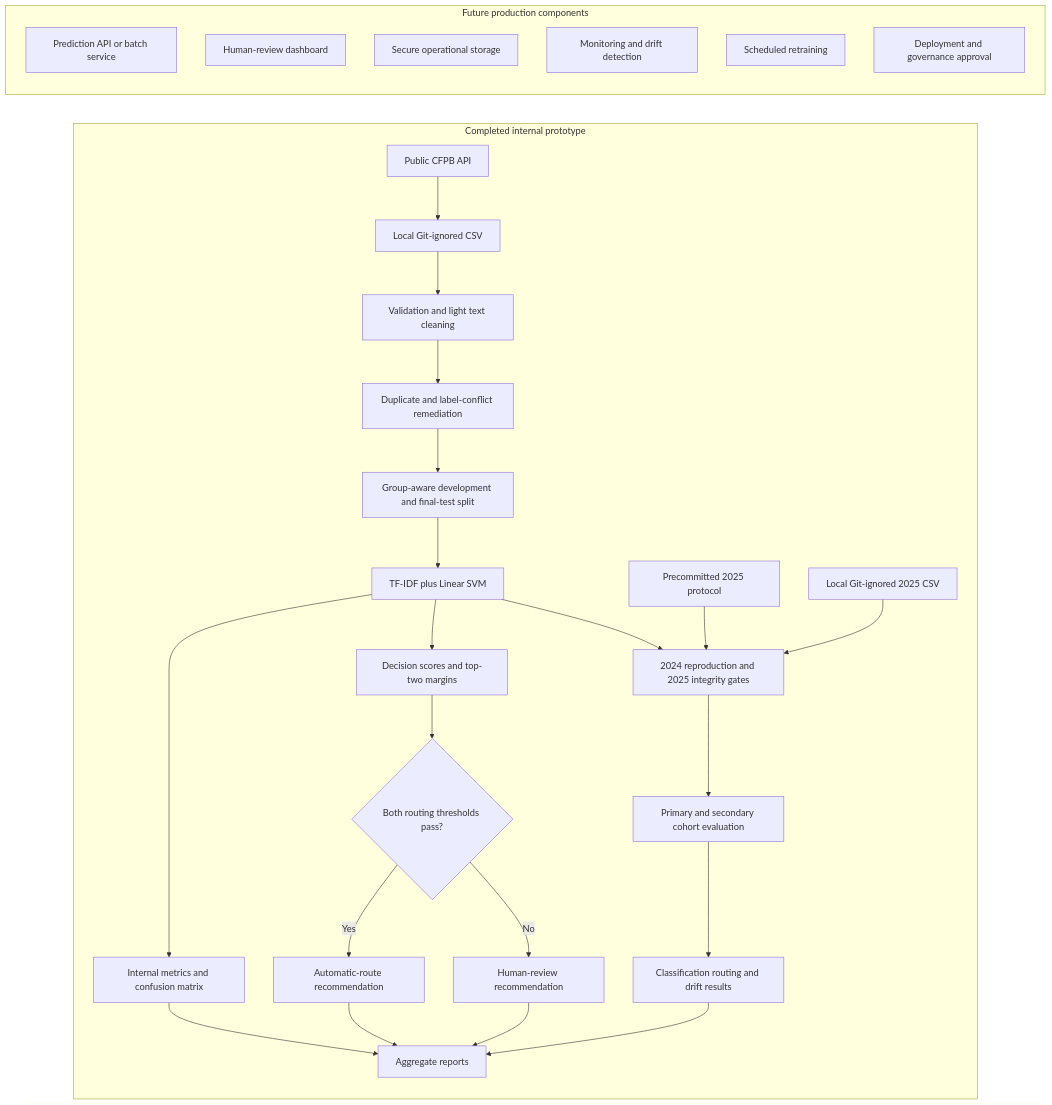
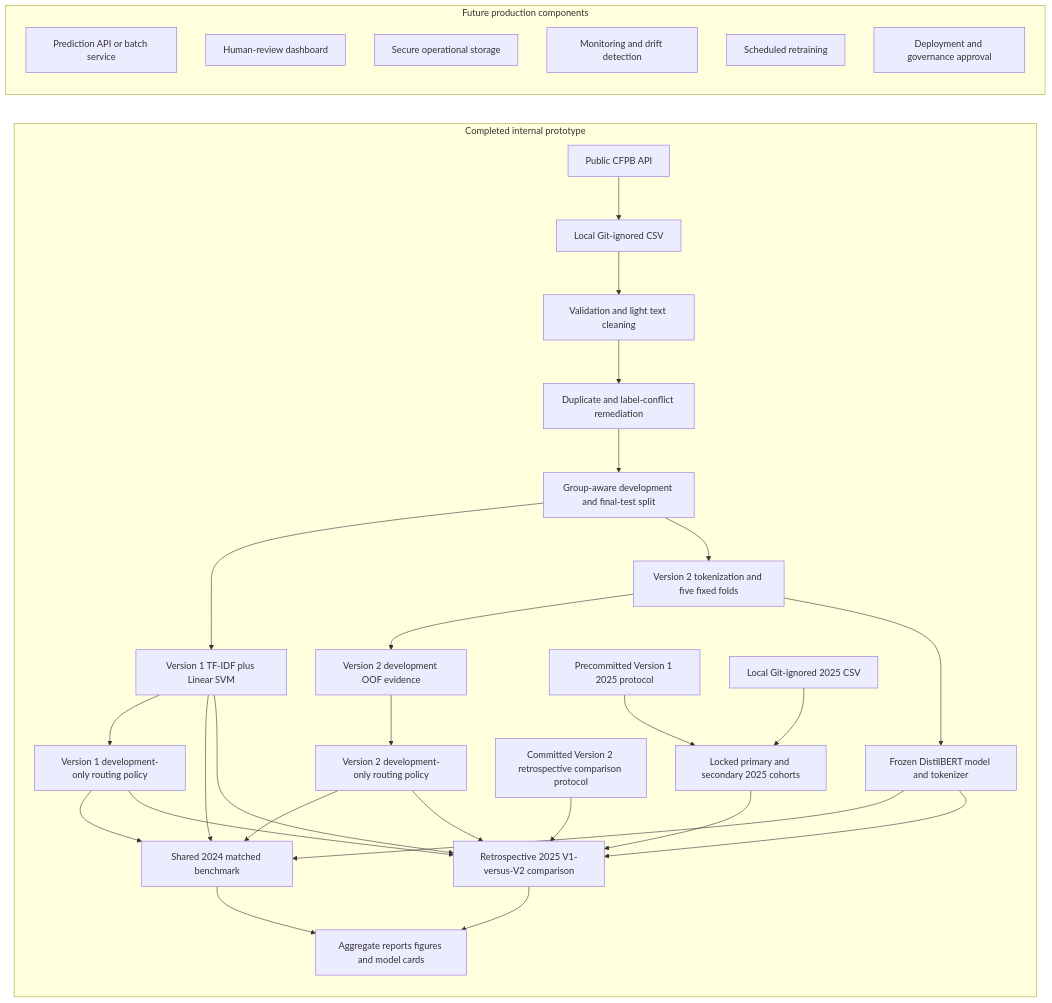
One commit to rihua-tech/financial-complaint-auto-routing-nlp changed the diagram in docs/system_design.md. Above: the diagram before and after it, drawn with Mermaid. The commit also changed other lines of this file and 2 other files, not shown here.

````diff
--- a/docs/system_design.md
+++ b/docs/system_design.md
@@ -9,33 +9,38 @@
 ```mermaid
 flowchart LR
     subgraph Completed["Completed internal prototype"]
         A[Public CFPB API] --> B[Local Git-ignored CSV]
         B --> C[Validation and light text cleaning]
         C --> D[Duplicate and label-conflict remediation]
         D --> E[Group-aware development and final-test split]
-        E --> F[TF-IDF plus Linear SVM]
-        F --> G[Internal metrics and confusion matrix]
-        F --> H[Decision scores and top-two margins]
-        H --> I{Both routing thresholds pass?}
-        I -->|Yes| J[Automatic-route recommendation]
-        I -->|No| K[Human-review recommendation]
-        V[Precommitted 2025 protocol] --> W[2024 reproduction and 2025 integrity gates]
+        E --> F1[Version 1 TF-IDF plus Linear SVM]
+        E --> T2[Version 2 tokenization and five fixed folds]
+        F1 --> P1[Version 1 development-only routing policy]
+        T2 --> O2[Version 2 development OOF evidence]
+        T2 --> F2[Frozen DistilBERT model and tokenizer]
+        O2 --> P2[Version 2 development-only routing policy]
+        F1 --> C24[Shared 2024 matched benchmark]
+        P1 --> C24
+        F2 --> C24
+        P2 --> C24
+        V[Precommitted Version 1 2025 protocol] --> W[Locked primary and secondary 2025 cohorts]
         B2[Local Git-ignored 2025 CSV] --> W
-        F --> W
-        W --> X[Primary and secondary cohort evaluation]
-        X --> Y[Classification routing and drift results]
-        G --> L[Aggregate reports]
-        J --> L
-        K --> L
-        Y --> L
+        R25[Committed Version 2 retrospective comparison protocol] --> C25
+        F1 --> C25[Retrospective 2025 V1-versus-V2 comparison]
+        P1 --> C25
+        F2 --> C25
+        P2 --> C25
+        W --> C25
+        C24 --> L[Aggregate reports figures and model cards]
+        C25 --> L
     end
 
     subgraph Future["Future production components"]
         M[Prediction API or batch service]
         N[Human-review dashboard]
         O[Secure operational storage]
         P[Monitoring and drift detection]
         Q[Scheduled retraining]
         R[Deployment and governance approval]
     end
 ```
````
